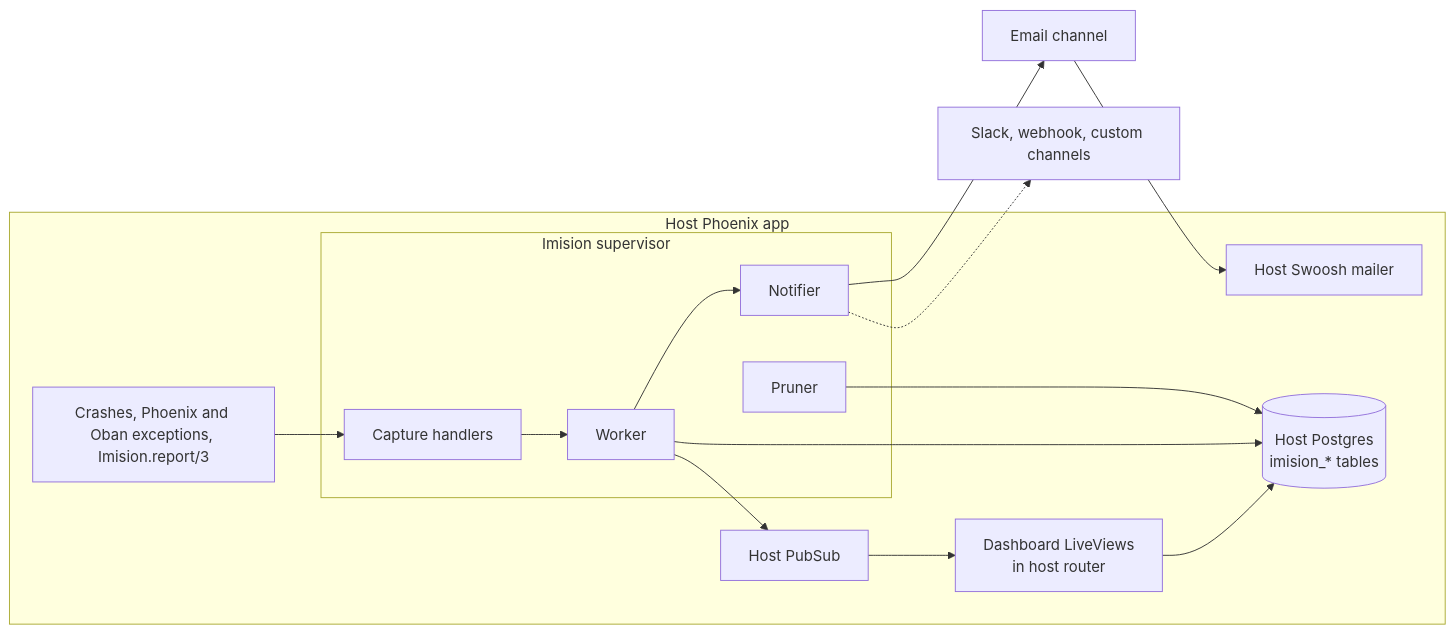
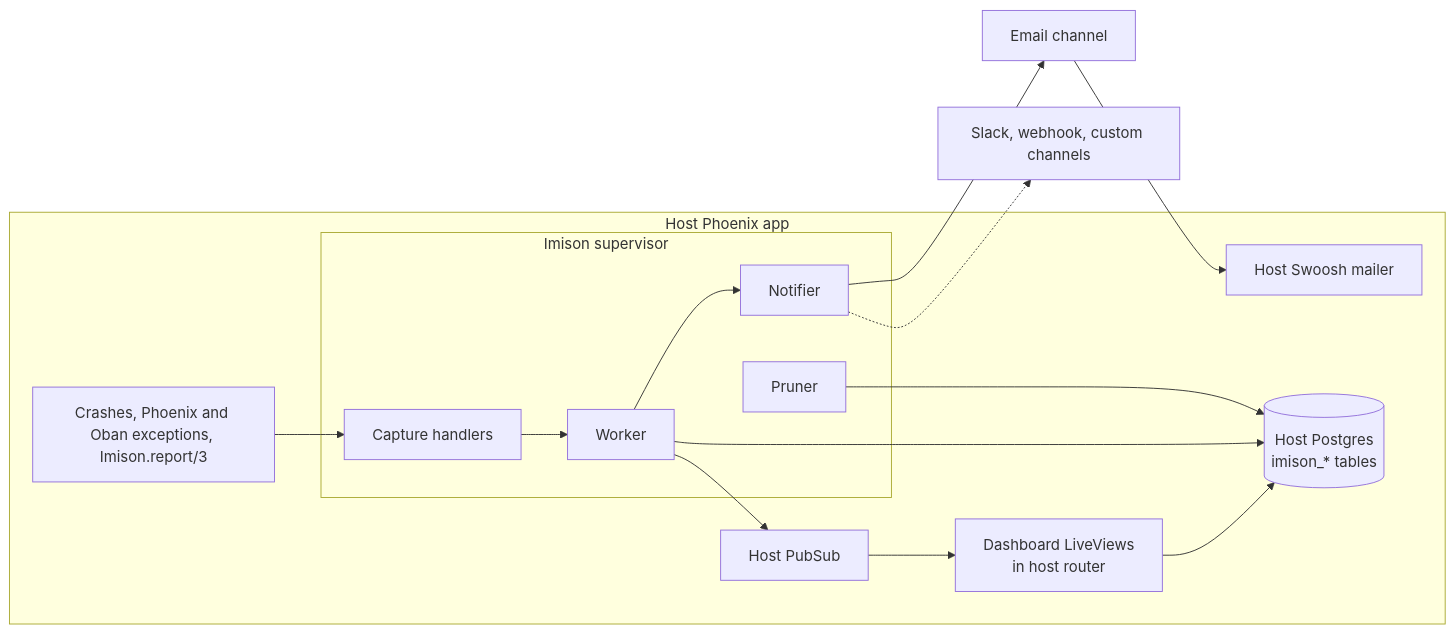
One commit to elpikel/imison changed the diagram in docs/PROJECT.md. Above: the diagram before and after it, drawn with Mermaid. The commit also changed other lines of this file and 39 other files, not shown here.

First line of the commit message:
feat(migration): create Imison's tables in versioned migrations

````diff
--- a/docs/PROJECT.md
+++ b/docs/PROJECT.md
@@ -13,22 +13,22 @@
 ```mermaid
 flowchart LR
   subgraph host[Host Phoenix app]
-    crash[Crashes, Phoenix and Oban exceptions, Imision.report/3]
-    subgraph imision[Imision supervisor]
+    crash[Crashes, Phoenix and Oban exceptions, Imison.report/3]
+    subgraph imison[Imison supervisor]
       capture[Capture handlers] --> worker[Worker]
       worker --> notifier[Notifier]
       pruner[Pruner]
     end
-    repo[(Host Postgres<br/>imision_* tables)]
+    repo[(Host Postgres<br/>imison_* tables)]
     pubsub[Host PubSub]
     dash[Dashboard LiveViews<br/>in host router]
     mailer[Host Swoosh mailer]
   end
   crash --> capture
   worker --> repo
   worker --> pubsub --> dash
   dash --> repo
   pruner --> repo
   notifier --> email[Email channel] --> mailer
   notifier -.-> more[Slack, webhook, custom channels]
 ```
````
